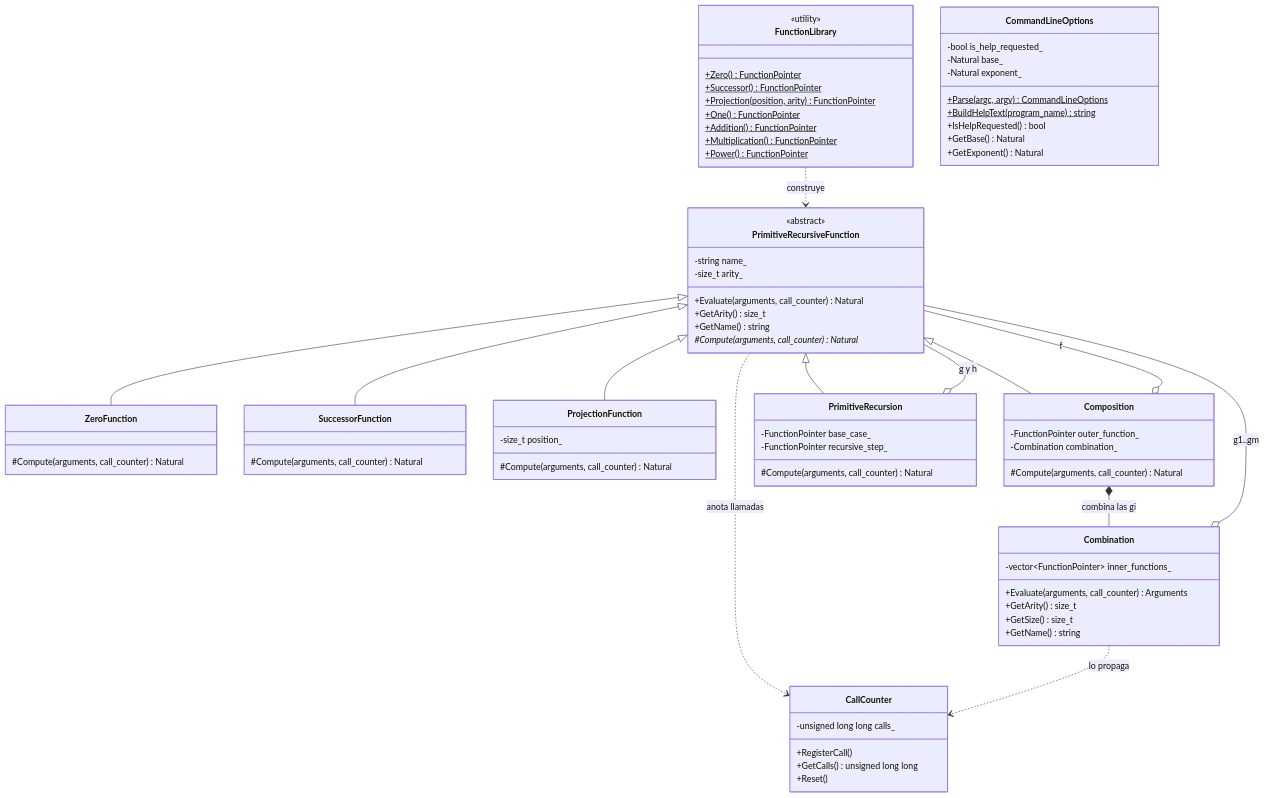
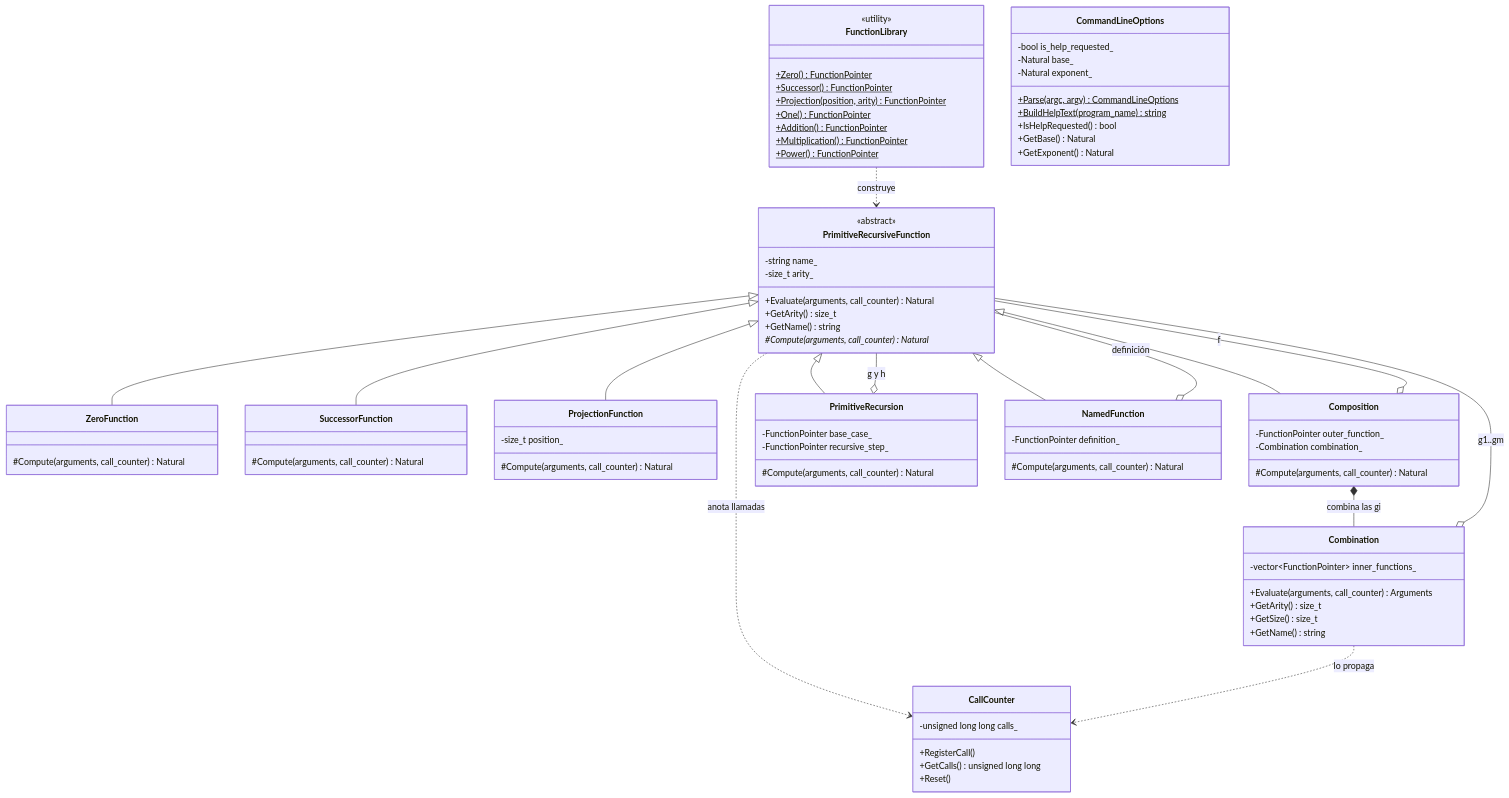
The first of 2 diagrams in practica_3/FuncionesPrimitivas.md (AlvaroPerezRamos/Complejidad-Computacional), drawn with Mermaid before and after one commit. The commit also changed other lines of this file and 14 other files, not shown here.

Commit message:
feat(p3): contar solo básicas, funciones con nombre y llamadas recursivas (NamedFunction)

```diff
--- a/practica_3/FuncionesPrimitivas.md
+++ b/practica_3/FuncionesPrimitivas.md
@@ -169,6 +186,10 @@
     class PrimitiveRecursion {
         -FunctionPointer base_case_
         -FunctionPointer recursive_step_
+        #Compute(arguments, call_counter) Natural
+    }
+    class NamedFunction {
+        -FunctionPointer definition_
         #Compute(arguments, call_counter) Natural
     }
     class Combination {
@@ -210,11 +231,13 @@
     PrimitiveRecursiveFunction <|-- ProjectionFunction
     PrimitiveRecursiveFunction <|-- Composition
     PrimitiveRecursiveFunction <|-- PrimitiveRecursion
+    PrimitiveRecursiveFunction <|-- NamedFunction
 
     Composition *-- Combination : combina las gi
     Composition o-- PrimitiveRecursiveFunction : f
     Combination o-- PrimitiveRecursiveFunction : g1..gm
     PrimitiveRecursion o-- PrimitiveRecursiveFunction : g y h
+    NamedFunction o-- PrimitiveRecursiveFunction : definición
 
     PrimitiveRecursiveFunction ..> CallCounter : anota llamadas
     Combination ..> CallCounter : lo propaga
```
